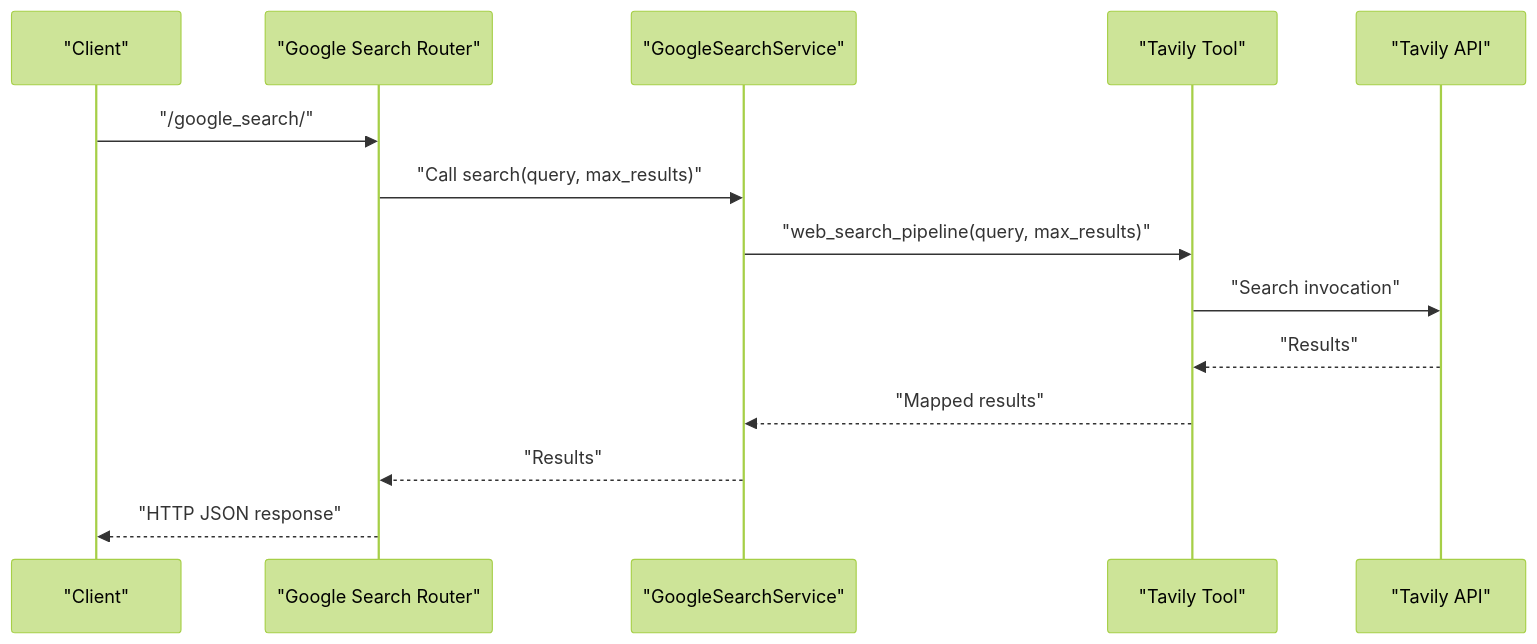
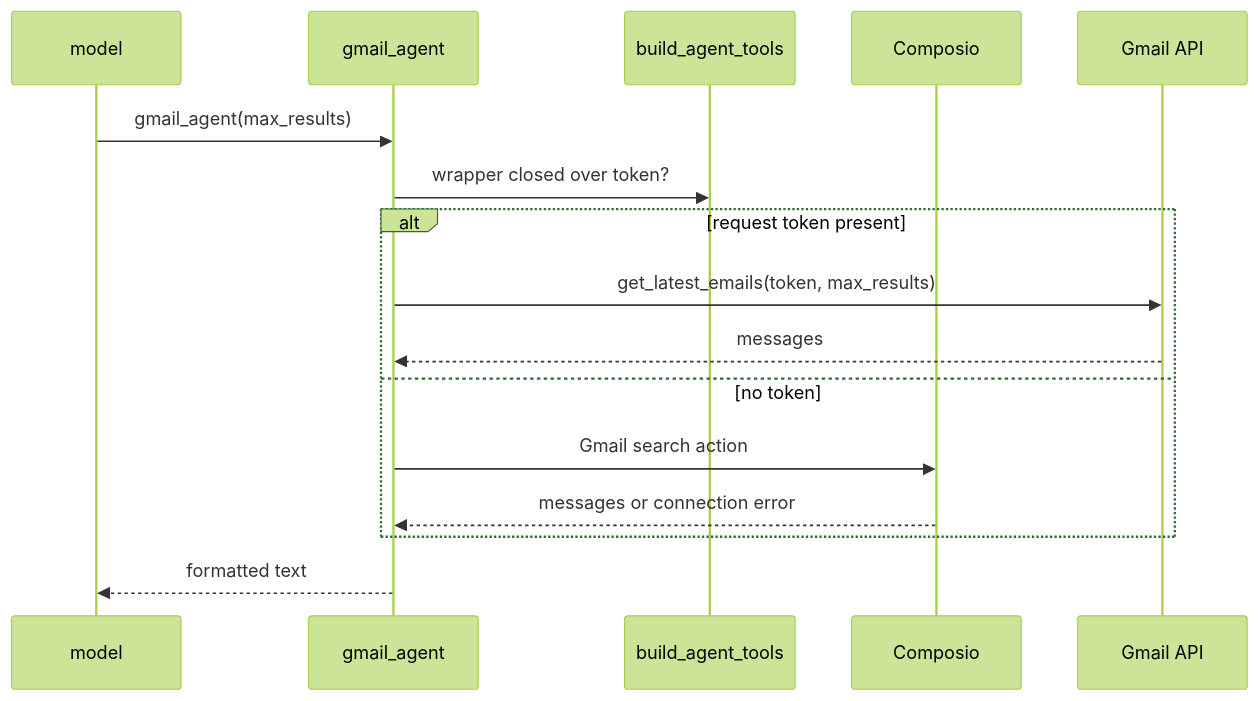
One commit to tashifkhan/tashif.codes changed the second of 5 diagrams in src/data/docs/agentic-browser/Tool System/External Service Integration Tools.md. Above: the diagram before and after it, drawn with Mermaid (forest theme). The commit also changed other lines of this file and 114 other files, not shown here.

````diff
--- a/src/data/docs/agentic-browser/Tool System/External Service Integration Tools.md
+++ b/src/data/docs/agentic-browser/Tool System/External Service Integration Tools.md
@@ -172,16 +65,18 @@
 ```mermaid
 sequenceDiagram
-participant Client as "Client"
-participant Router as "Google Search Router"
-participant Service as "GoogleSearchService"
-participant Tool as "Tavily Tool"
-participant Tavily as "Tavily API"
-Client->>Router : "/google_search/"
-Router->>Service : "Call search(query, max_results)"
-Service->>Tool : "web_search_pipeline(query, max_results)"
-Tool->>Tavily : "Search invocation"
-Tavily-->>Tool : "Results"
-Tool-->>Service : "Mapped results"
-Service-->>Router : "Results"
-Router-->>Client : "HTTP JSON response"
+  participant M as model
+  participant T as gmail_agent
+  participant B as build_agent_tools
+  participant C as Composio
+  participant G as Gmail API
+  M->>T: gmail_agent(max_results)
+  T->>B: wrapper closed over token?
+  alt request token present
+    T->>G: get_latest_emails(token, max_results)
+    G-->>T: messages
+  else no token
+    T->>C: Gmail search action
+    C-->>T: messages or connection error
+  end
+  T-->>M: formatted text
 ```
````
